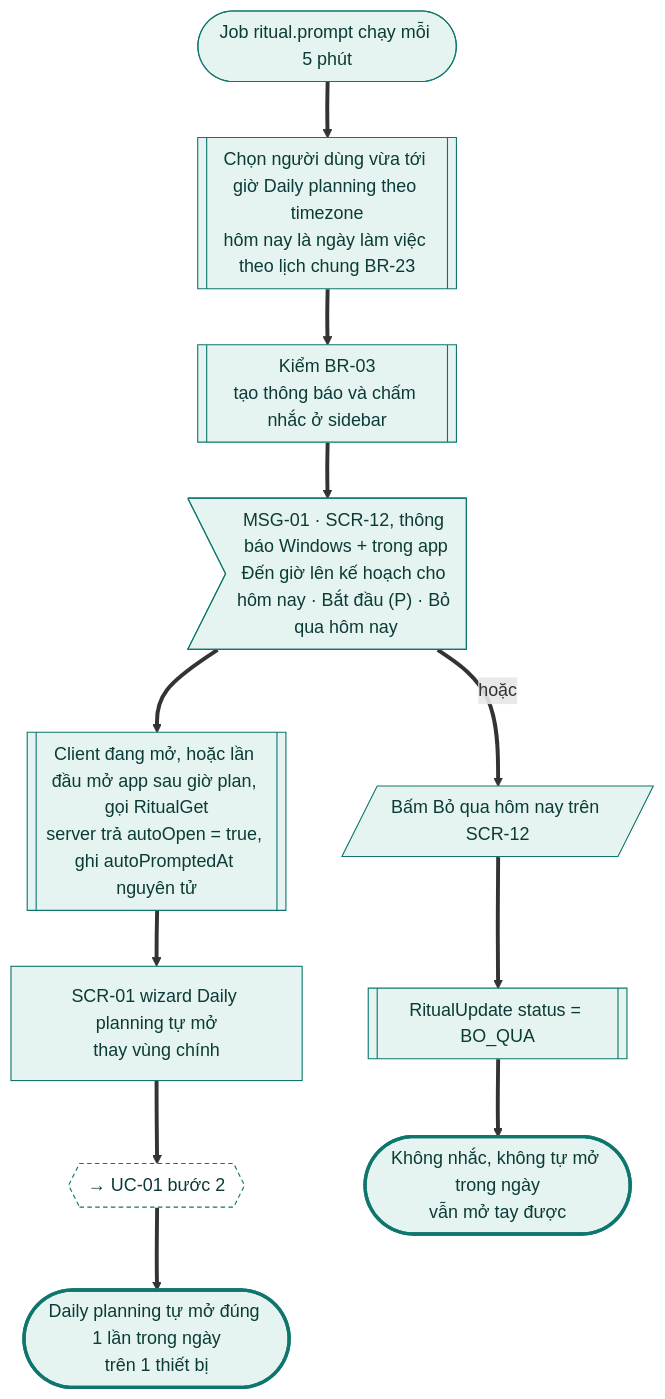
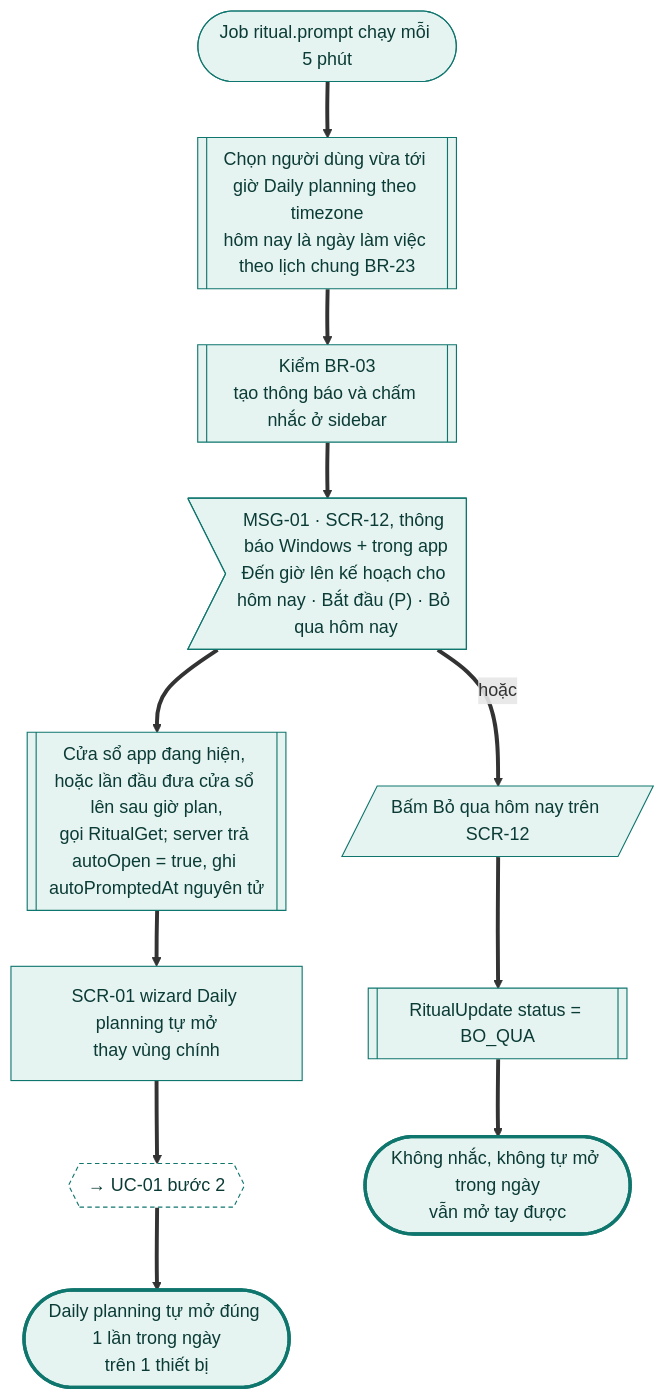
Diagram 13 of 17 in docs/design-brief/flow/g08-daily-rituals.md (tannguyenho/personal-app), drawn with Mermaid before and after one commit. The commit also changed other lines of this file and 5 other files, not shown here.

First line of the commit message:
docs: đưa IA-05, IA-15, IA-17, IA-19, IA-20 vào use case và flow

````diff
--- a/docs/design-brief/flow/g08-daily-rituals.md
+++ b/docs/design-brief/flow/g08-daily-rituals.md
@@ -613,30 +613,30 @@
 ```mermaid
 flowchart TD
   start(["Job ritual.prompt chạy mỗi 5 phút"])
   p1[["Chọn người dùng vừa tới giờ Daily planning theo timezone<br/>hôm nay là ngày làm việc theo lịch chung BR-23"]]
   p2[["Kiểm BR-03<br/>tạo thông báo và chấm nhắc ở sidebar"]]
   m1>"MSG-01 · SCR-12, thông báo Windows + trong app<br/>Đến giờ lên kế hoạch cho hôm nay · Bắt đầu (P) · Bỏ qua hôm nay"]
-  p3[["Client đang mở, hoặc lần đầu mở app sau giờ plan, gọi RitualGet<br/>server trả autoOpen = true, ghi autoPromptedAt nguyên tử"]]
+  p3[["Cửa sổ app đang hiện, hoặc lần đầu đưa cửa sổ lên sau giờ plan,<br/>gọi RitualGet; server trả autoOpen = true, ghi autoPromptedAt nguyên tử"]]
   s1["SCR-01 wizard Daily planning tự mở<br/>thay vùng chính"]
   x1{{"→ UC-01 bước 2"}}
   ok(["Daily planning tự mở đúng 1 lần trong ngày<br/>trên 1 thiết bị"])
   u1[/"Bấm Bỏ qua hôm nay trên SCR-12"/]
   p4[["RitualUpdate status = BO_QUA"]]
   ok2(["Không nhắc, không tự mở trong ngày<br/>vẫn mở tay được"])
 
   start ==> p1 ==> p2 ==> m1 ==> p3 ==> s1 ==> x1 ==> ok
   m1 ==>|"hoặc"| u1 ==> p4 ==> ok2
 
   class start,p1,p2,m1,p3,s1,u1,p4 happy
   class x1 link
   class ok,ok2 done
   classDef happy fill:#E6F4F1,stroke:#0F766E,color:#0B3B36
   classDef alt fill:#F1F3F5,stroke:#6B7280,color:#1F2937
   classDef err fill:#FDECEC,stroke:#B42318,color:#5C1010
   classDef warn fill:#FEF4E2,stroke:#B45309,color:#4A2604
   classDef ai fill:#F1ECFD,stroke:#6D28D9,color:#2E1065
   classDef sync fill:#FFFFFF,stroke:#6B7280,stroke-dasharray:4 3,color:#1F2937
   classDef link fill:#FFFFFF,stroke:#0F766E,stroke-dasharray:4 3,color:#0B3B36
   classDef done fill:#E6F4F1,stroke:#0F766E,stroke-width:3px,color:#0B3B36
   classDef fail fill:#FDECEC,stroke:#B42318,stroke-width:3px,color:#5C1010
 ```
````
